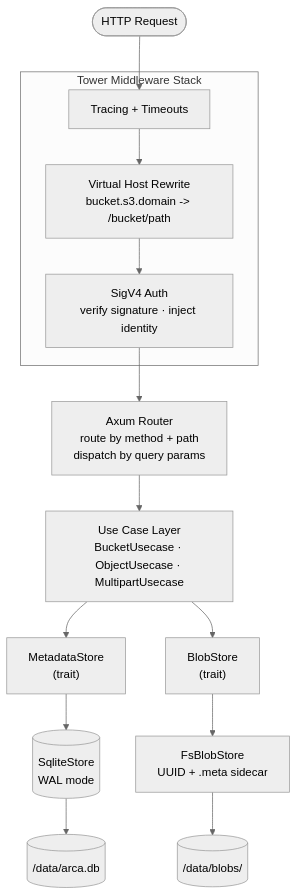
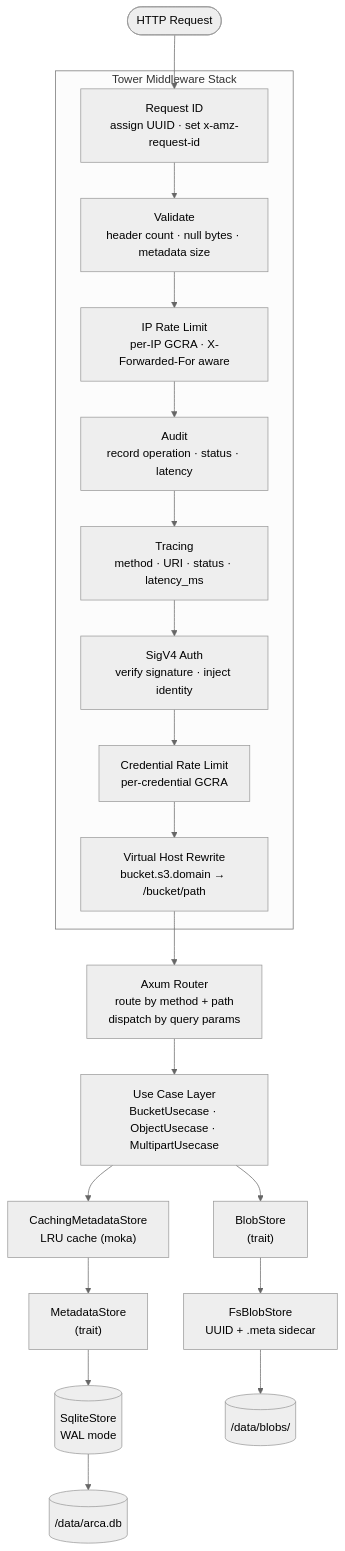
Before and after one commit to dxc-technology/arca: the third of 5 diagrams in documentation/docs/reference/architecture.md, drawn with Mermaid (neutral theme). The commit also changed other lines of this file and 37 other files, not shown here.

First line of the commit message:
Phase 23: Performance and Hardening — limits, rate limiting, cache, graceful shutdown

````diff
--- a/documentation/docs/reference/architecture.md
+++ b/documentation/docs/reference/architecture.md
@@ -77,25 +77,32 @@
 ```mermaid
 flowchart TD
-    REQ(["HTTP Request"]) --> MW1
+    REQ(["HTTP Request"]) --> MW0
 
     subgraph MIDDLEWARE["Tower Middleware Stack"]
-        MW1["Tracing + Timeouts"]
-        MW2["Virtual Host Rewrite<br/>bucket.s3.domain -> /bucket/path"]
-        MW3["SigV4 Auth<br/>verify signature · inject identity"]
+        MW0["Request ID<br/>assign UUID · set x-amz-request-id"]
+        MW1["Validate<br/>header count · null bytes · metadata size"]
+        MW2["IP Rate Limit<br/>per-IP GCRA · X-Forwarded-For aware"]
+        MW3["Audit<br/>record operation · status · latency"]
+        MW4["Tracing<br/>method · URI · status · latency_ms"]
+        MW5["SigV4 Auth<br/>verify signature · inject identity"]
+        MW6["Credential Rate Limit<br/>per-credential GCRA"]
+        MW7["Virtual Host Rewrite<br/>bucket.s3.domain → /bucket/path"]
     end
 
-    MW1 --> MW2 --> MW3
+    MW0 --> MW1 --> MW2 --> MW3 --> MW4 --> MW5 --> MW6 --> MW7
 
-    MW3 --> ROUTER["Axum Router<br/>route by method + path<br/>dispatch by query params"]
+    MW7 --> ROUTER["Axum Router<br/>route by method + path<br/>dispatch by query params"]
 
     ROUTER --> UC["Use Case Layer<br/>BucketUsecase · ObjectUsecase · MultipartUsecase"]
 
-    UC --> META["MetadataStore<br/>(trait)"]
+    UC --> CACHE["CachingMetadataStore<br/>LRU cache (moka)"]
     UC --> BLOB["BlobStore<br/>(trait)"]
+
+    CACHE --> META["MetadataStore<br/>(trait)"]
 
     META --> SQLITE[("SqliteStore<br/>WAL mode")]
     BLOB --> FS["FsBlobStore<br/>UUID + .meta sidecar"]
 
     FS --> DISK[("/data/blobs/")]
     SQLITE --> DB[("/data/arca.db")]
 ```
````
